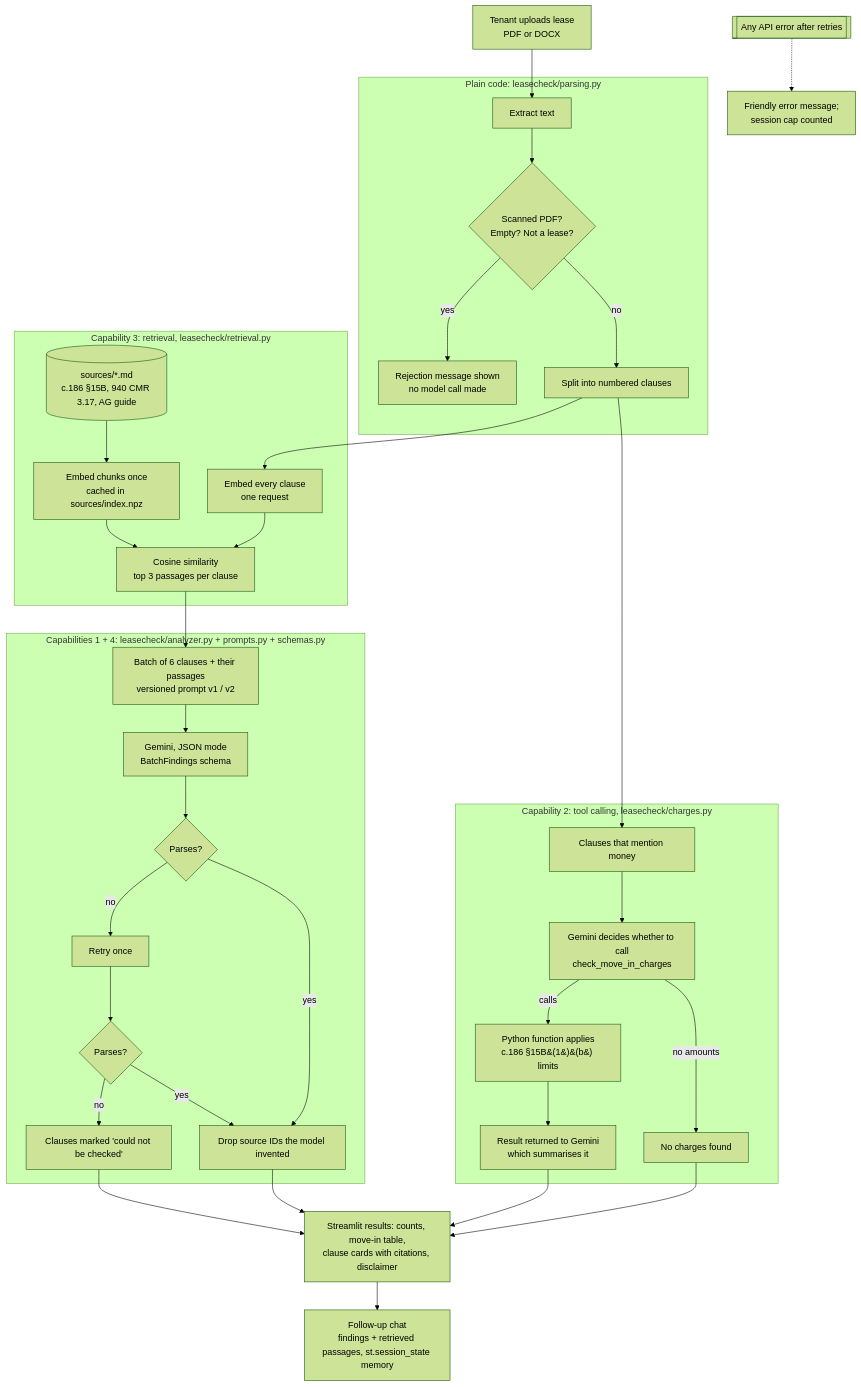
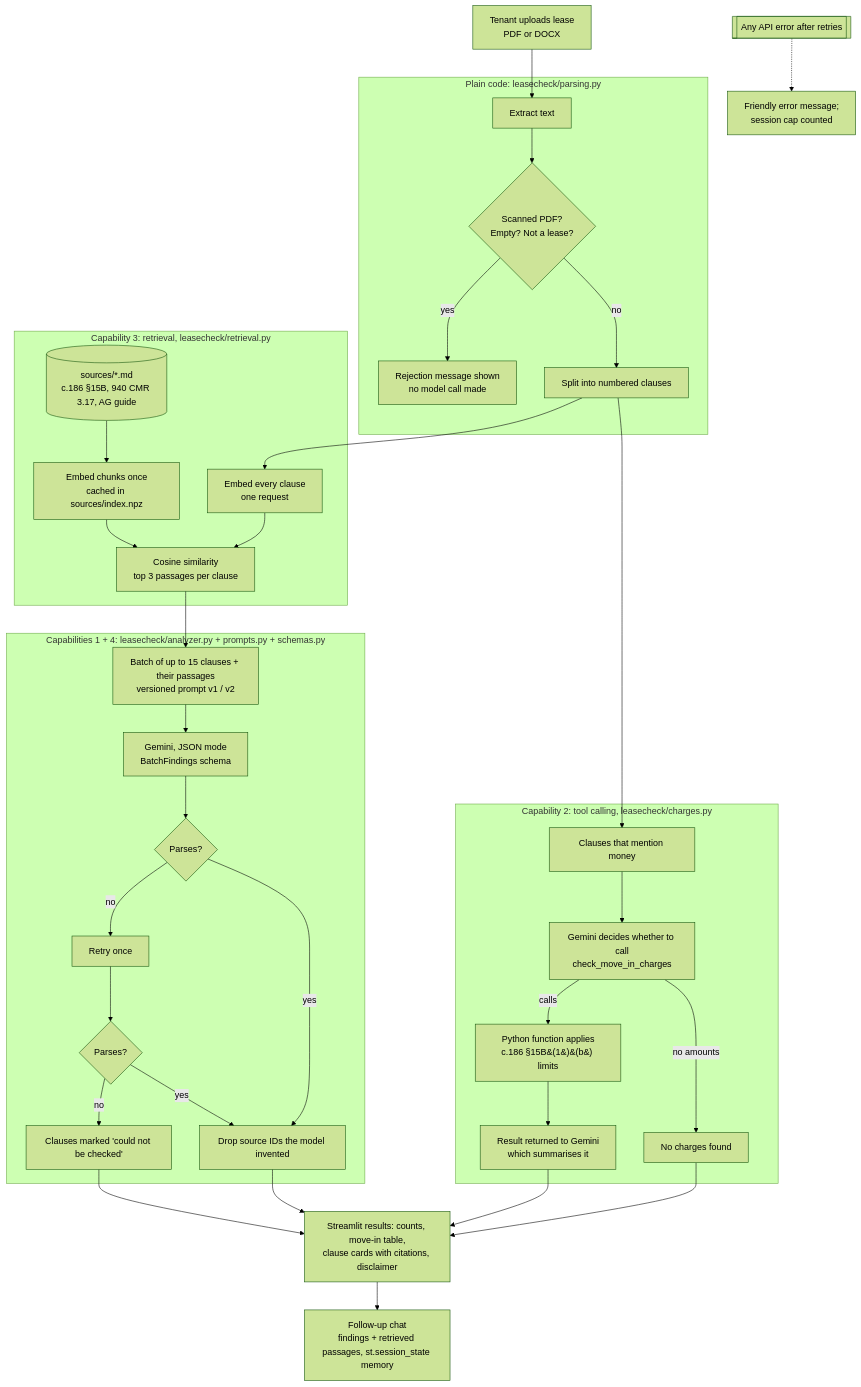
Before and after one commit to SumanBadakada/IS883_bostonleasechecker: the diagram in docs/architecture.md, drawn with Mermaid (forest theme). The commit also changed 5 other files, not shown here.

````diff
--- a/docs/architecture.md
+++ b/docs/architecture.md
@@ -6,43 +6,43 @@
 ```mermaid
 flowchart TD
     U[Tenant uploads lease<br/>PDF or DOCX] --> P
 
     subgraph CODE1 [Plain code: leasecheck/parsing.py]
       P[Extract text] --> S{Scanned PDF?<br/>Empty? Not a lease?}
       S -- yes --> R[Rejection message shown<br/>no model call made]
       S -- no --> C[Split into numbered clauses]
     end
 
     C --> E
     subgraph RAG [Capability 3: retrieval, leasecheck/retrieval.py]
       SRC[(sources/*.md<br/>c.186 §15B, 940 CMR 3.17, AG guide)] --> IDX[Embed chunks once<br/>cached in sources/index.npz]
       E[Embed every clause<br/>one request] --> SIM[Cosine similarity<br/>top 3 passages per clause]
       IDX --> SIM
     end
 
     SIM --> B
     subgraph LLM1 [Capabilities 1 + 4: leasecheck/analyzer.py + prompts.py + schemas.py]
-      B[Batch of 6 clauses + their passages<br/>versioned prompt v1 / v2] --> G[Gemini, JSON mode<br/>BatchFindings schema]
+      B[Batch of up to 15 clauses + their passages<br/>versioned prompt v1 / v2] --> G[Gemini, JSON mode<br/>BatchFindings schema]
       G --> J{Parses?}
       J -- no --> RETRY[Retry once] --> J2{Parses?}
       J2 -- no --> NC[Clauses marked 'could not be checked']
       J -- yes --> V[Drop source IDs the model invented]
       J2 -- yes --> V
     end
 
     C --> M
     subgraph TOOL [Capability 2: tool calling, leasecheck/charges.py]
       M[Clauses that mention money] --> G2[Gemini decides whether to call<br/>check_move_in_charges]
       G2 -- calls --> F[Python function applies<br/>c.186 §15B&#40;1&#41;&#40;b&#41; limits]
       F --> G3[Result returned to Gemini<br/>which summarises it]
       G2 -- no amounts --> NONE[No charges found]
     end
 
     V --> UI
     NC --> UI
     G3 --> UI
     NONE --> UI
     UI[Streamlit results: counts, move-in table,<br/>clause cards with citations, disclaimer] --> CHAT[Follow-up chat<br/>findings + retrieved passages, st.session_state memory]
 
     APIERR[[Any API error after retries]] -.-> MSG[Friendly error message;<br/>session cap counted]
 ```
````
